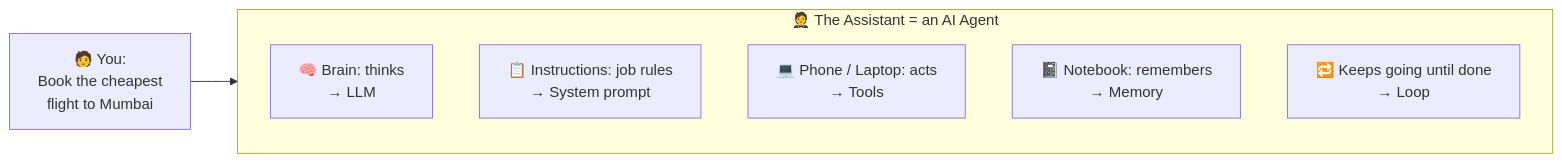
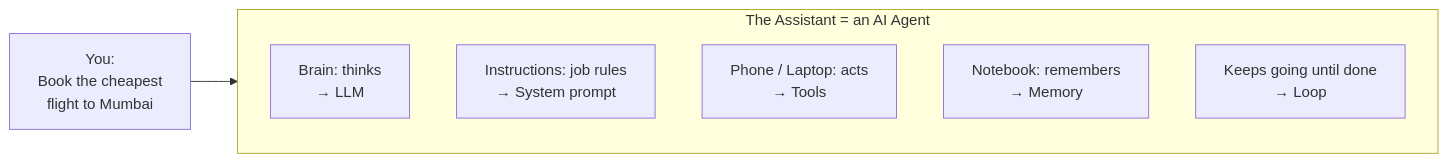
Before and after one commit to anandgaur22/ai-agent-python-demo: the fourth of 36 diagrams in README.md, drawn with Mermaid. The commit also changed other lines of this file, not shown here.

Commit message:
AI agent demo in Python with Ollama, Gemini and Groq

````diff
--- a/README.md
+++ b/README.md
@@ -136,12 +134,12 @@
 ```mermaid
 flowchart LR
-  U["🧑 You:<br/>Book the cheapest<br/>flight to Mumbai"] --> AS
-  subgraph AS["🤵 The Assistant = an AI Agent"]
+  U["You:<br/>Book the cheapest<br/>flight to Mumbai"] --> AS
+  subgraph AS["The Assistant = an AI Agent"]
     direction TB
-    B["🧠 Brain: thinks<br/>→ LLM"]
-    I["📋 Instructions: job rules<br/>→ System prompt"]
-    T["💻 Phone / Laptop: acts<br/>→ Tools"]
-    M["📓 Notebook: remembers<br/>→ Memory"]
-    L["🔁 Keeps going until done<br/>→ Loop"]
+    B["Brain: thinks<br/>→ LLM"]
+    I["Instructions: job rules<br/>→ System prompt"]
+    T["Phone / Laptop: acts<br/>→ Tools"]
+    M["Notebook: remembers<br/>→ Memory"]
+    L["Keeps going until done<br/>→ Loop"]
   end
 ```
````
